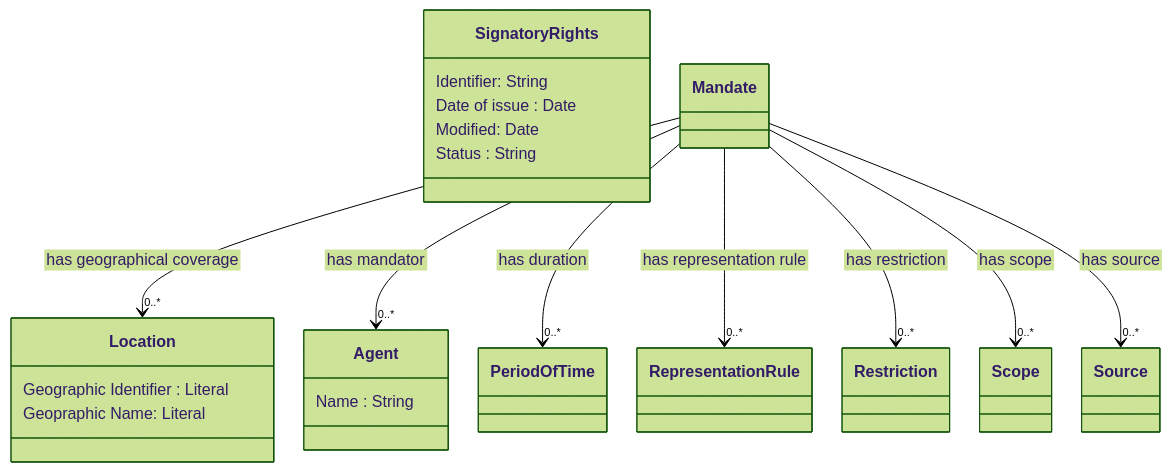
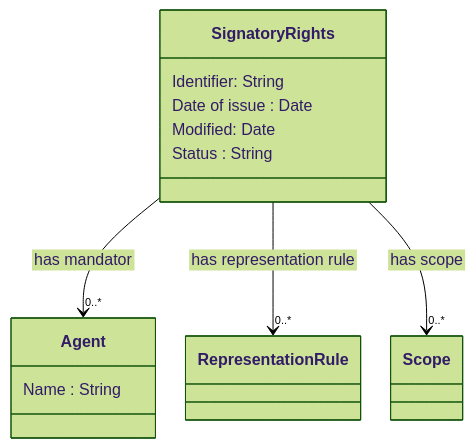
Before and after one commit to nordicsmartgovernment/Nordic-Signatory-Rights-Model: the diagram in README.md, drawn with Mermaid (forest theme).

````diff
--- a/README.md
+++ b/README.md
@@ -22,30 +22,21 @@
 ```mermaid
  %%{init:{'flowchart':{'nodeSpacing': 30, 'rankSpacing': 95, 'htmlLabels': false}}}%%
     classDiagram
        
         class Signatory Rights {
             Identifier: String
             Date of issue : Date
             Modified: Date
             Status : String
         }
 
-        Mandate --> "0..*" Location : has geographical coverage
-        Mandate --> "0..*" Agent : has mandator
-        Mandate --> "0..*" Period Of Time : has duration
-        Mandate --> "0..*" Representation Rule : has representation rule
-        Mandate --> "0..*" Restriction : has restriction
-        Mandate --> "0..*" Scope : has scope
-        Mandate --> "0..*" Source : has source
-
-        class Location {
-            Geographic Identifier : Literal
-            Geopraphic Name: Literal
-        }
+        Signatory Rights --> "0..*" Agent : has mandator
+        Signatory Rights --> "0..*" Representation Rule : has representation rule
+        Signatory Rights --> "0..*" Scope : has scope
 
 
         class Agent {
             Name : String
         }
 
 ```
````
